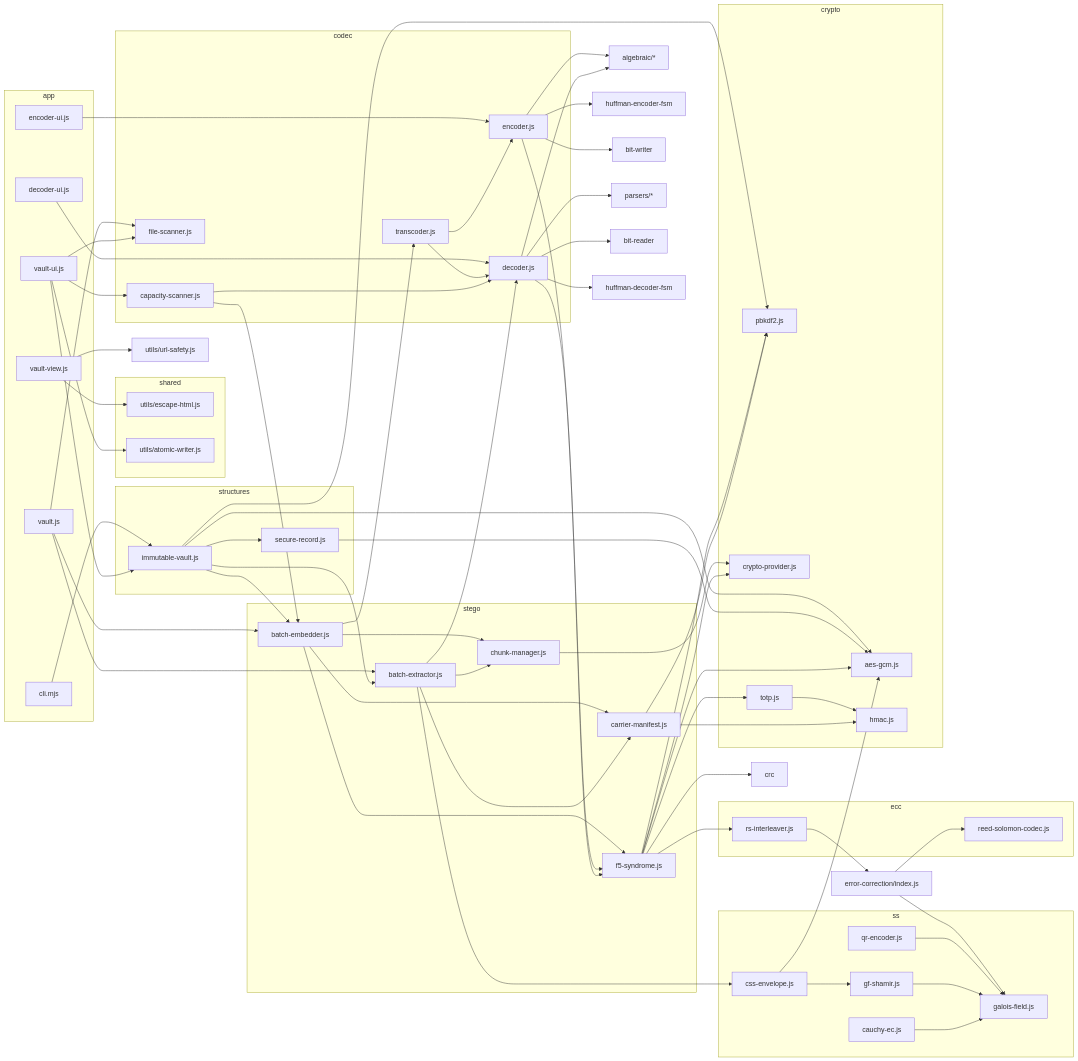
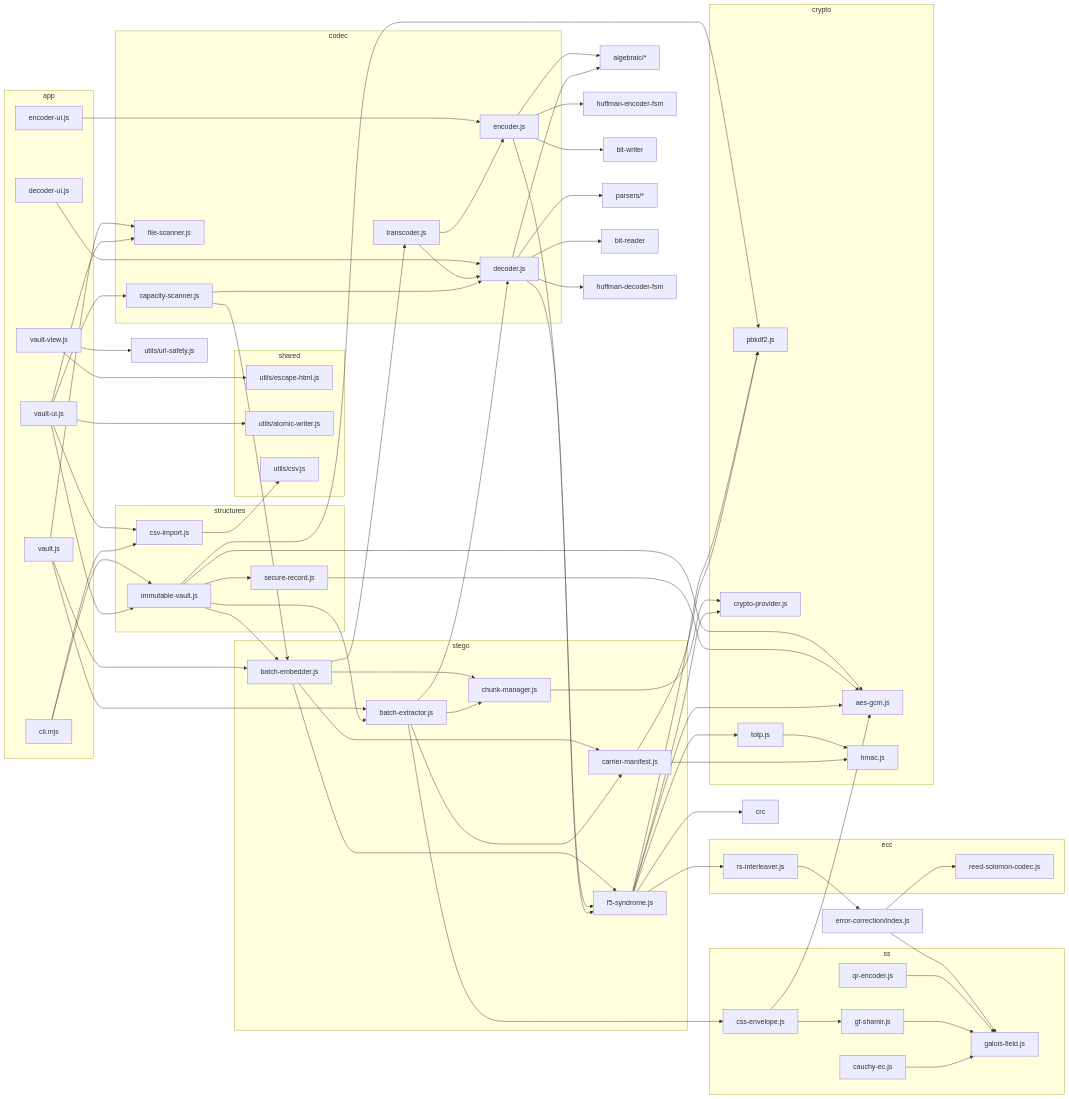
One commit to jessebeard/Ollie changed the second of 6 diagrams in src/specs/WIREFRAME.md. Above: the diagram before and after it, drawn with Mermaid. The commit also changed other lines of this file and 12 other files, not shown here.

First line of the commit message:
feat(vault): CSV password import for seven vendors, UI + CLI parity

```diff
--- a/src/specs/WIREFRAME.md
+++ b/src/specs/WIREFRAME.md
@@ -172,11 +175,13 @@
     subgraph shared
         esc["utils/escape-html.js"]
         awriter["utils/atomic-writer.js"]
+        csvutil["utils/csv.js"]
     end
 
     subgraph structures
         pv["immutable-vault.js"]
         securerec["secure-record.js"]
+        csvimp["csv-import.js"]
     end
 
     subgraph stego
@@ -222,11 +227,14 @@
     vview --> urlsafe["utils/url-safety.js"]
     vview --> esc
     vui --> awriter
+    vui --> csvimp
+    csvimp --> csvutil
 
     vaultpage --> bem
     vaultpage --> bex
     vaultpage --> fscan
     cli --> pv
+    cli --> csvimp
     vui --> pv
     vui --> cap
     vui --> fscan
```
